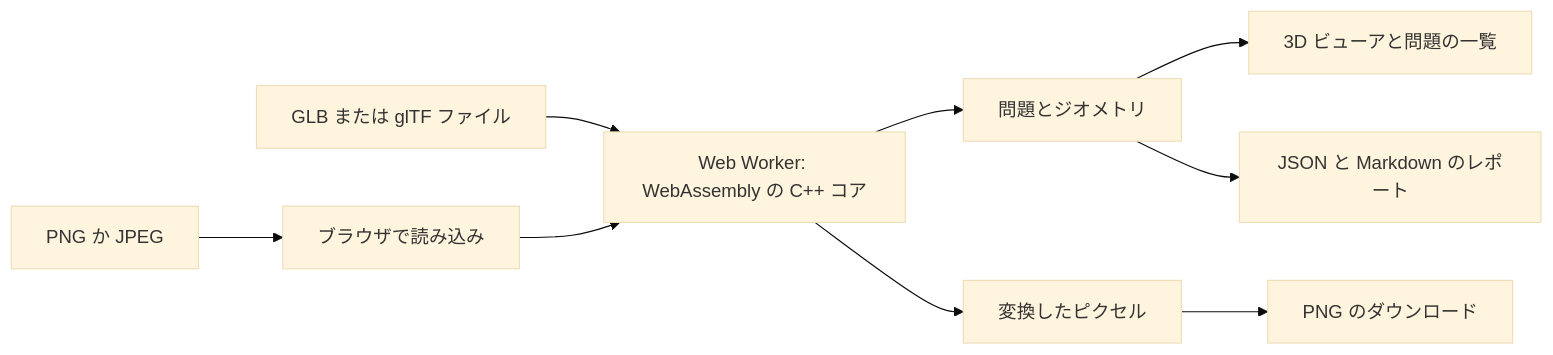
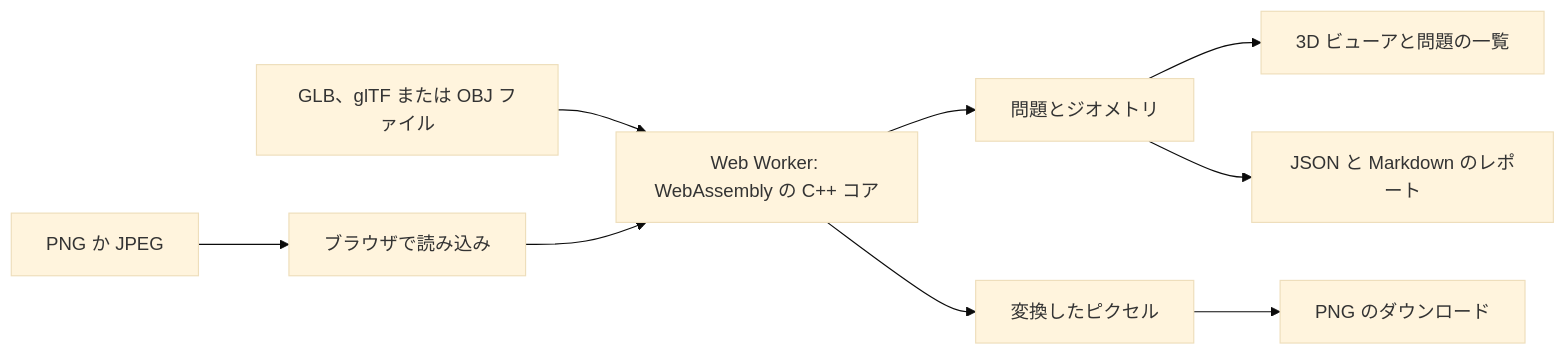
The diagram in README.ja.md (nokgc333/lint-asset), drawn with Mermaid (base theme) before and after one commit. The commit also changed other lines of this file and 18 other files, not shown here.

````diff
--- a/README.ja.md
+++ b/README.ja.md
@@ -148,11 +151,11 @@
 ```mermaid
 flowchart LR
-  G[GLB または glTF ファイル] --> W["Web Worker: WebAssembly の C++ コア"]
+  G[GLB、glTF または OBJ ファイル] --> W["Web Worker: WebAssembly の C++ コア"]
   W --> I[問題とジオメトリ]
   I --> V[3D ビューアと問題の一覧]
   I --> R[JSON と Markdown のレポート]
   T[PNG か JPEG] --> D[ブラウザで読み込み]
   D --> W
   W --> C[変換したピクセル]
   C --> P[PNG のダウンロード]
 ```
````
